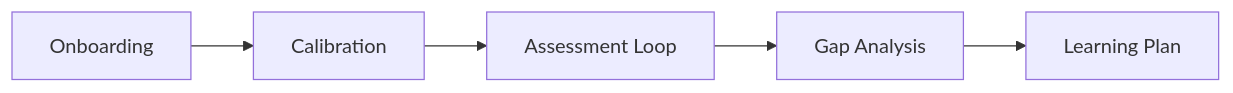
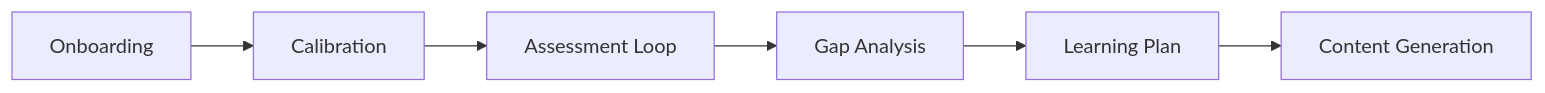
The second of 2 diagrams in docs/architecture/overview.md (onegunsamurai/OpenLearning), drawn with Mermaid before and after one commit. The commit also changed other lines of this file and 19 other files, not shown here.

First line of the commit message:
feat: implement learning content generation pipeline (#85) (#87)

````diff
--- a/docs/architecture/overview.md
+++ b/docs/architecture/overview.md
@@ -53,7 +53,8 @@
 ```mermaid
 graph LR
     A[Onboarding] --> B[Calibration]
     B --> C[Assessment Loop]
     C --> D[Gap Analysis]
     D --> E[Learning Plan]
+    E --> F[Content Generation]
 ```
````
